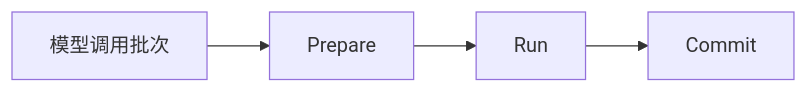
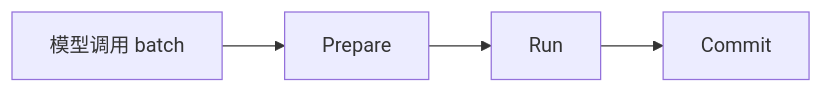
The fourth of 7 diagrams in docs/03-agent-loop-and-call-protocol.md (Arthur999459up/GitAgent), drawn with Mermaid before and after one commit. The commit also changed other lines of this file and 15 other files, not shown here.

````diff
--- a/docs/03-agent-loop-and-call-protocol.md
+++ b/docs/03-agent-loop-and-call-protocol.md
@@ -129,6 +107,6 @@
 ```mermaid
 flowchart LR
-    A[模型调用批次] --> P[Prepare]
+    A[模型调用 batch] --> P[Prepare]
     P --> R[Run]
     R --> C[Commit]
 ```
````
